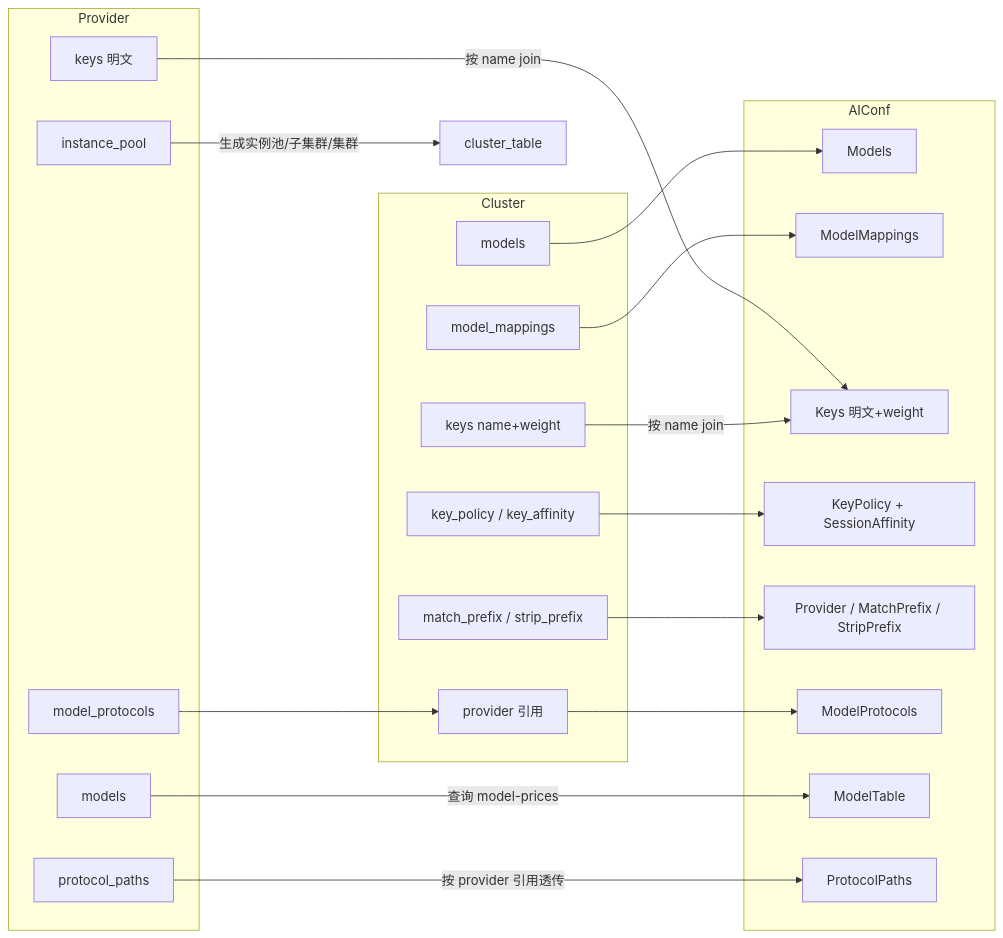
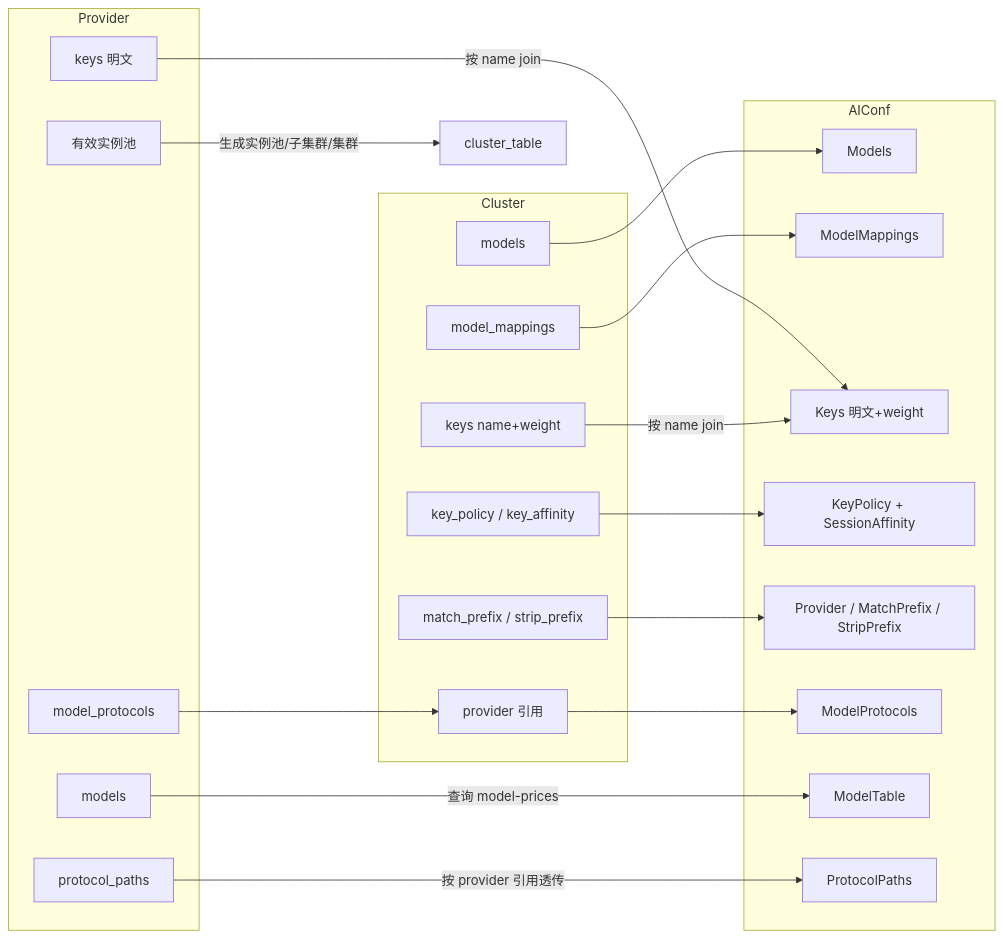
One commit to mileszhang2016/rainway-book changed the second of 2 diagrams in design/chapter10-provider-and-cluster.md. Above: the diagram before and after it, drawn with Mermaid. The commit also changed other lines of this file and 47 other files, not shown here.

````diff
--- a/design/chapter10-provider-and-cluster.md
+++ b/design/chapter10-provider-and-cluster.md
@@ -221,38 +266,38 @@
 ```mermaid
 flowchart LR
     subgraph Provider
-        P1[instance_pool]
+        P1[有效实例池]
         P2[keys 明文]
         P3[model_protocols]
         P4[models]
         P5[protocol_paths]
     end
     subgraph Cluster
         C1[models]
         C2[model_mappings]
         C3[keys name+weight]
         C4[key_policy / key_affinity]
         C5[match_prefix / strip_prefix]
         C6[provider 引用]
     end
     subgraph AIConf
         A1[Models]
         A2[ModelMappings]
         A3[Keys 明文+weight]
         A4[KeyPolicy + SessionAffinity]
         A5[Provider / MatchPrefix / StripPrefix]
         A6[ModelProtocols]
         A7[ModelTable]
         A8[ProtocolPaths]
     end
     P1 -->|生成实例池/子集群/集群| CT[cluster_table]
     P2 -->|按 name join| A3
     C3 -->|按 name join| A3
     P3 --> C6 --> A6
     P5 -->|按 provider 引用透传| A8
     C1 --> A1
     C2 --> A2
     C4 --> A4
     C5 --> A5
     P4 -->|查询 model-prices| A7
 ```
````
